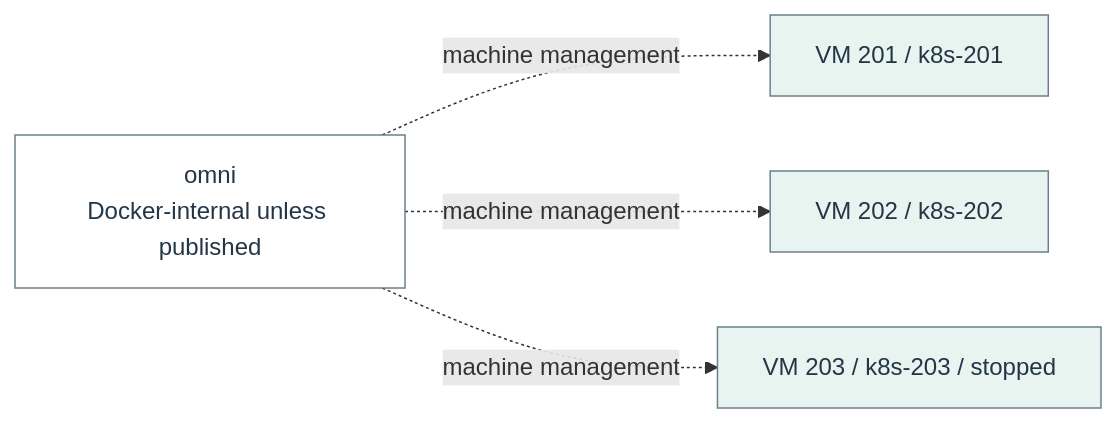
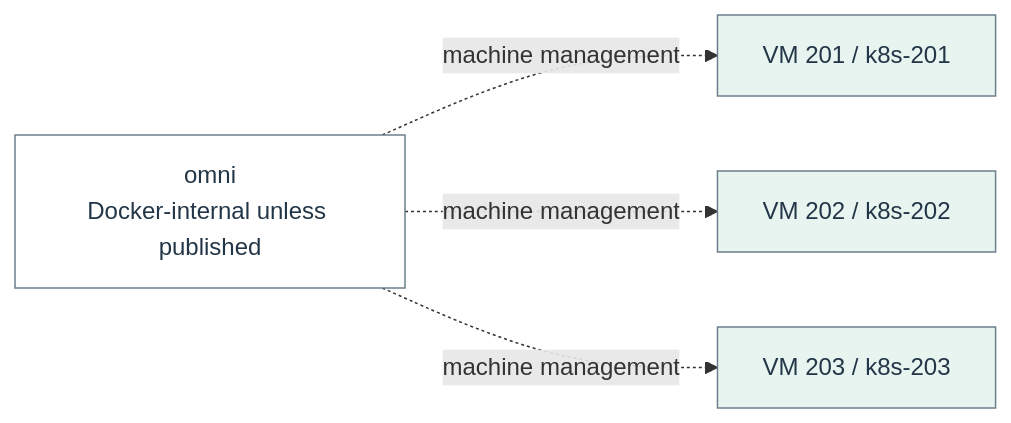
One commit to Harsh-2002/Homelab changed diagram 21 of 22 in docs/architecture/homelab-mermaid.md. Above: the diagram before and after it, drawn with Mermaid. The commit also changed other lines of this file and 70 other files, not shown here.

````diff
--- a/docs/architecture/homelab-mermaid.md
+++ b/docs/architecture/homelab-mermaid.md
@@ -603,14 +603,14 @@
 ```mermaid
 flowchart LR
   n_flow_16_0["omni<br/>Docker-internal unless published"]
   n_flow_16_1["VM 201 / k8s-201"]
   n_flow_16_2["VM 202 / k8s-202"]
-  n_flow_16_3["VM 203 / k8s-203 / stopped"]
+  n_flow_16_3["VM 203 / k8s-203"]
   n_flow_16_0 -.->|"machine management"| n_flow_16_1
   n_flow_16_0 -.->|"machine management"| n_flow_16_2
   n_flow_16_0 -.->|"machine management"| n_flow_16_3
   classDef c_flow_16_0 fill:#ffffff,stroke:#6c7f8c,color:#233647;
   class n_flow_16_0 c_flow_16_0;
   classDef c_flow_16_1 fill:#e8f4f0,stroke:#6c7f8c,color:#233647;
   class n_flow_16_1,n_flow_16_2,n_flow_16_3 c_flow_16_1;
 ```
````
